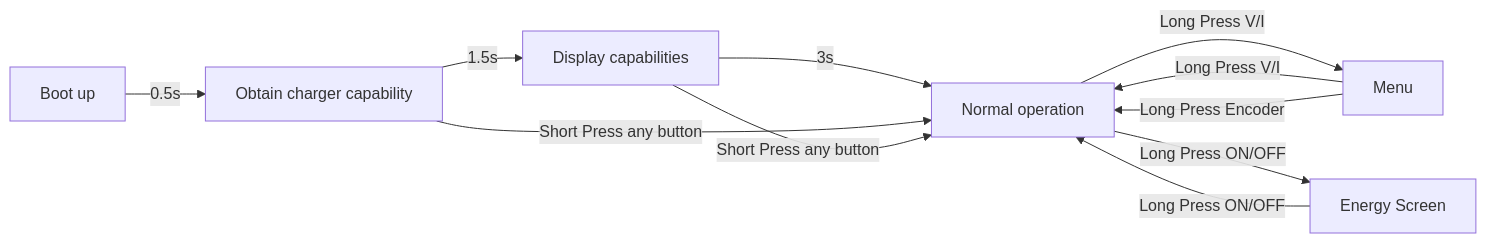
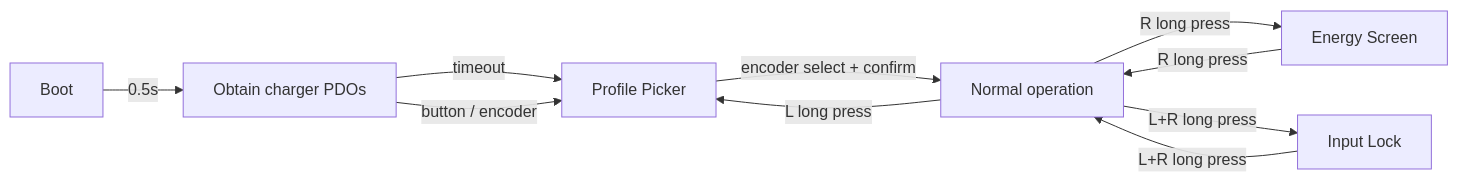
The diagram in README.md (leonardpitzu/PocketPD), drawn with Mermaid before and after one commit. The commit also changed other lines of this file, not shown here.

Commit message:
docs: update README for v2.0 (flow chart, controls, compatibility)

````diff
--- a/README.md
+++ b/README.md
@@ -34,13 +34,12 @@
 ```mermaid
 flowchart LR
-    A[Boot up] --> |0.5s|B[Obtain charger capability]
-    B --> |1.5s|C[Display capabilities]
-    C --> |3s|D[Normal operation]
-    D --> |Long Press V/I|E[Menu]
-    B --> |Short Press any button|D
-    C --> |Short Press any button|D
-    E --> |Long Press V/I|D
-    E --> |Long Press Encoder|D
-    D --> |Long Press ON/OFF|F[Energy Screen]
-    F --> |Long Press ON/OFF|D
+    A[Boot] --> |0.5s|B[Obtain charger PDOs]
+    B --> |timeout|C[Profile Picker]
+    C --> |encoder select + confirm|D[Normal operation]
+    B --> |button / encoder|C
+    D --> |L long press|C
+    D --> |R long press|E[Energy Screen]
+    E --> |R long press|D
+    D --> |L+R long press|D_lock[Input Lock]
+    D_lock --> |L+R long press|D
 ```
````
